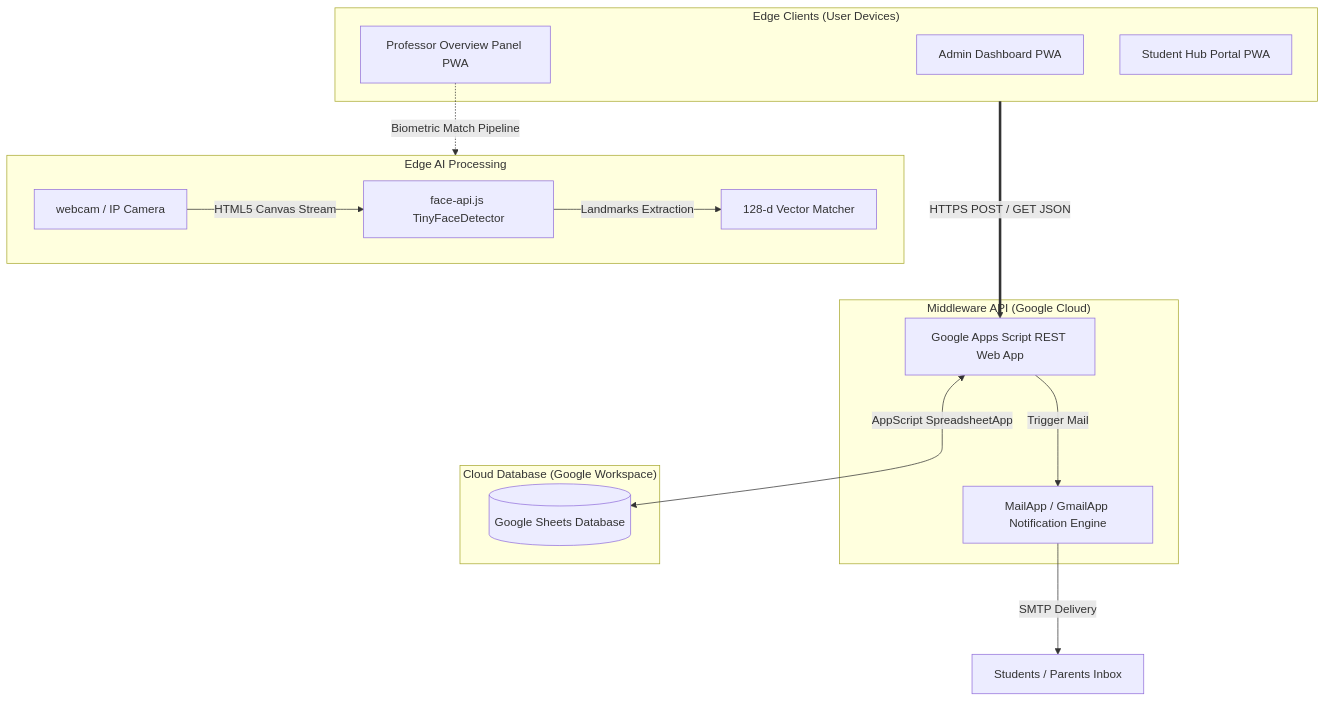
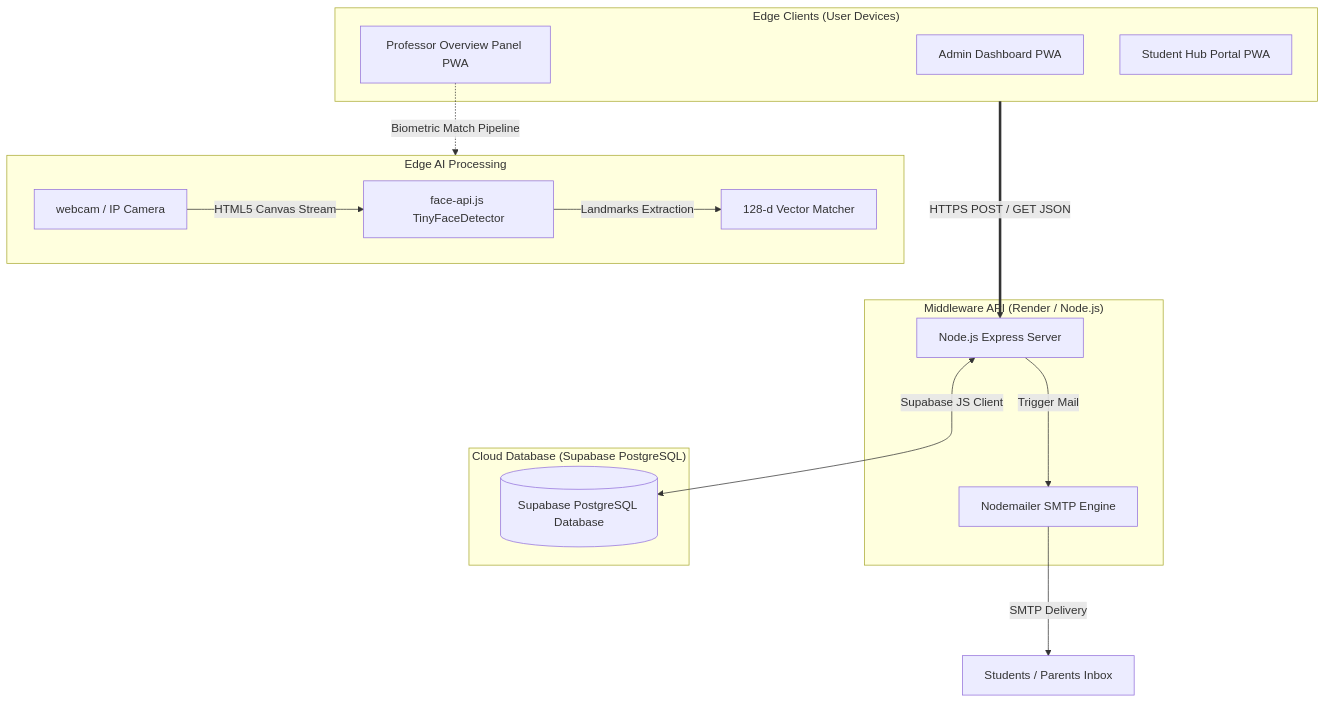
One commit to SmartAttend-official/SmartAttend changed the first of 3 diagrams in README.md. Above: the diagram before and after it, drawn with Mermaid. The commit also changed other lines of this file and 16 other files, not shown here.

````diff
--- a/README.md
+++ b/README.md
@@ -74,28 +74,28 @@
 ```mermaid
 flowchart TD
     subgraph Clients["Edge Clients (User Devices)"]
         A[Admin Dashboard PWA]
         B[Professor Overview Panel PWA]
         C[Student Hub Portal PWA]
     end
 
     subgraph BrowserAI["Edge AI Processing"]
         D["webcam / IP Camera"] -->|HTML5 Canvas Stream| E[face-api.js TinyFaceDetector]
         E -->|Landmarks Extraction| F[128-d Vector Matcher]
     end
 
-    subgraph CloudAPI["Middleware API (Google Cloud)"]
-        G[Google Apps Script REST Web App]
-        H[MailApp / GmailApp Notification Engine]
+    subgraph CloudAPI["Middleware API (Render / Node.js)"]
+        G[Node.js Express Server]
+        H[Nodemailer SMTP Engine]
     end
 
-    subgraph Storage["Cloud Database (Google Workspace)"]
-        I[(Google Sheets Database)]
+    subgraph Storage["Cloud Database (Supabase PostgreSQL)"]
+        I[(Supabase PostgreSQL Database)]
     end
 
     B -.->|Biometric Match Pipeline| BrowserAI
     Clients ===>|HTTPS POST / GET JSON| G
-    G <--->|AppScript SpreadsheetApp| I
+    G <--->|Supabase JS Client| I
     G --->|Trigger Mail| H
     H --->|SMTP Delivery| J[Students / Parents Inbox]
 ```
````
